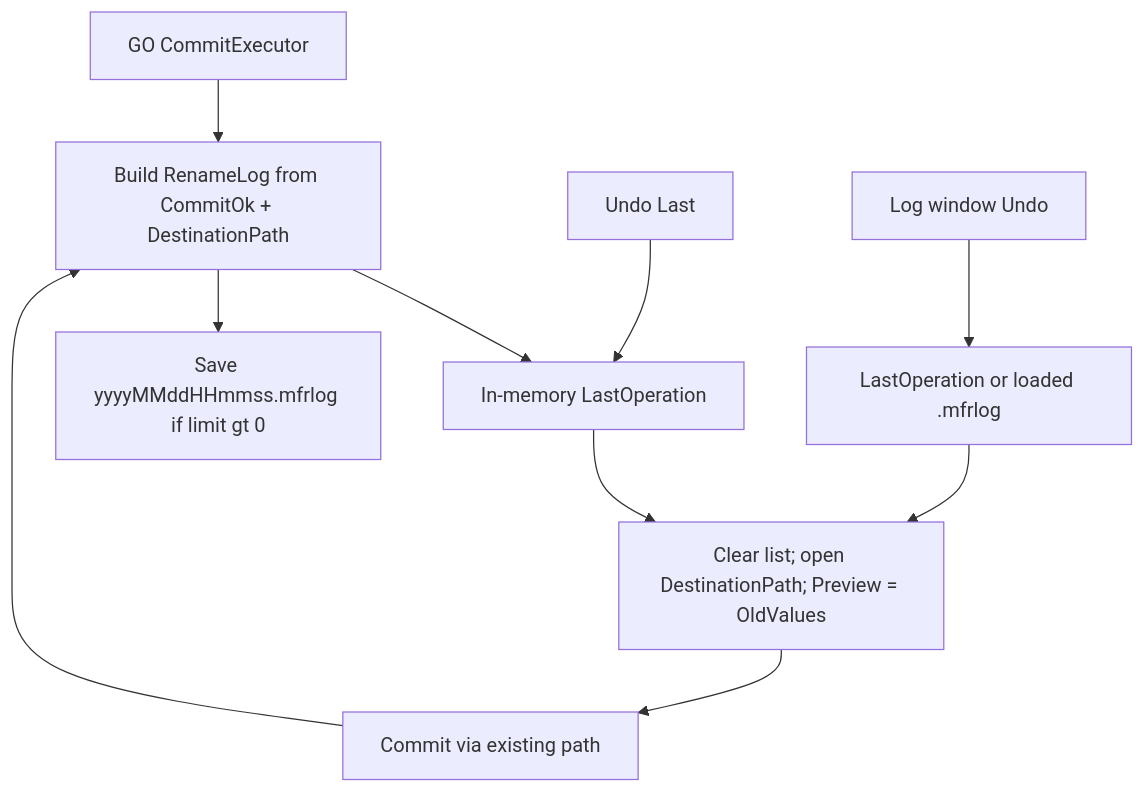
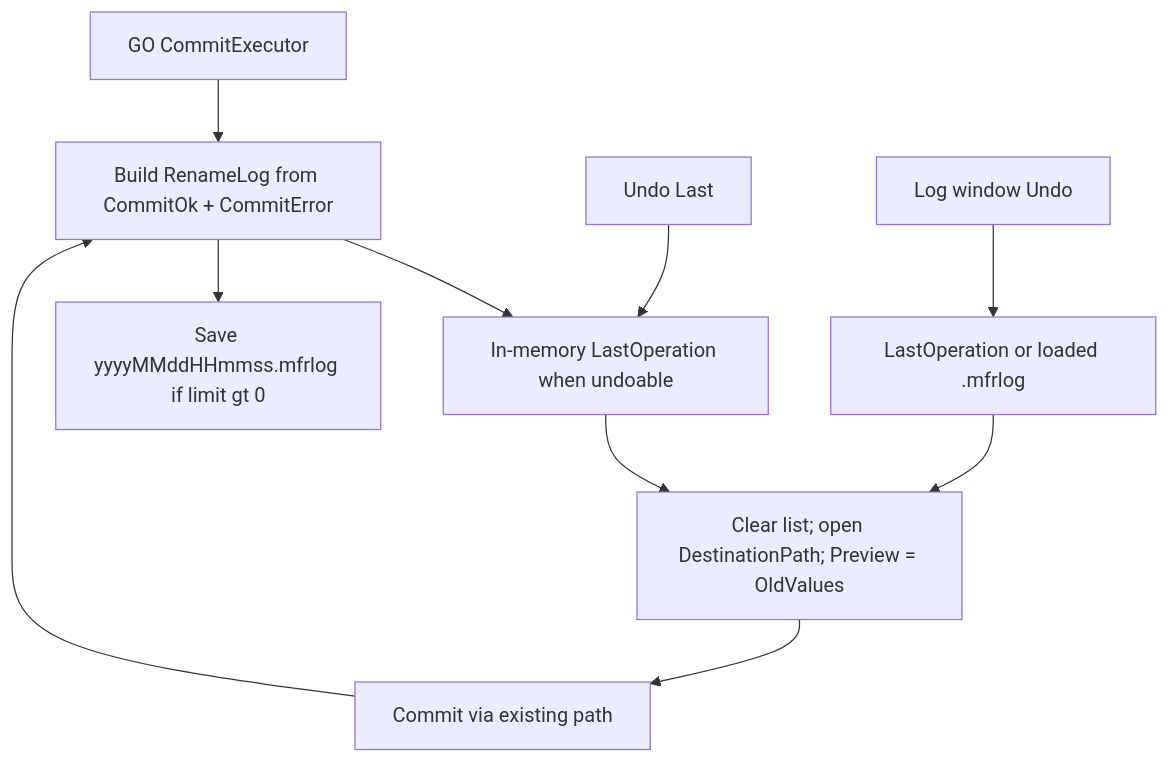
The diagram in docs/plans/undo.plan.md (davidohana/finebytes), drawn with Mermaid before and after one commit. The commit also changed other lines of this file and 2 other files, not shown here.

Commit message:
Document CommitError rename-log capture in undo plan and debts.
Cross-link rename-log-errors; Show Last Rename Errors remains deferred.

````diff
--- a/docs/plans/undo.plan.md
+++ b/docs/plans/undo.plan.md
@@ -89,12 +89,12 @@
 ```mermaid
 flowchart TD
-  Go["GO CommitExecutor"] --> Capture["Build RenameLog from CommitOk + DestinationPath"]
-  Capture --> Memory["In-memory LastOperation"]
+  Go["GO CommitExecutor"] --> Capture["Build RenameLog from CommitOk + CommitError"]
+  Capture --> Memory["In-memory LastOperation when undoable"]
   Capture --> Disk["Save yyyyMMddHHmmss.mfrlog if limit gt 0"]
   UndoLast["Undo Last"] --> Memory
   LogUi["Log window Undo"] --> Pick["LastOperation or loaded .mfrlog"]
   Memory --> Rebuild["Clear list; open DestinationPath; Preview = OldValues"]
   Pick --> Rebuild
   Rebuild --> ReCommit["Commit via existing path"]
   ReCommit --> Capture
 ```
````
